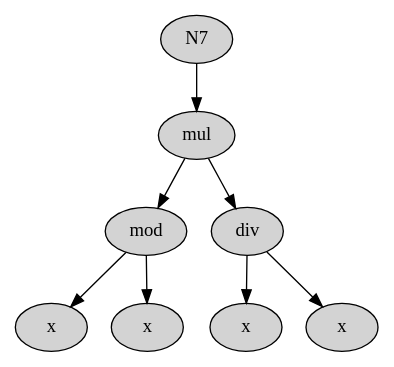
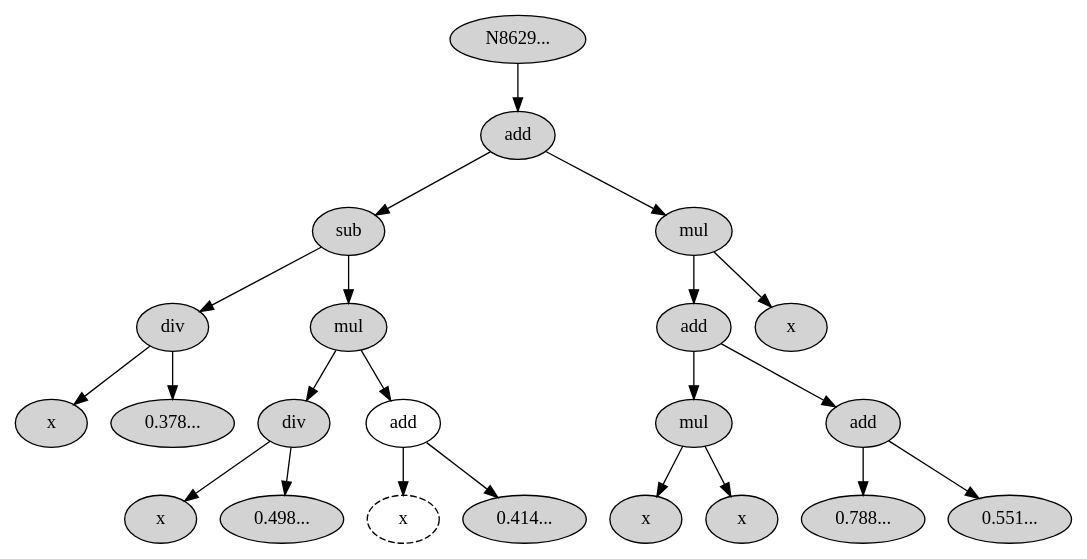
Before and after one commit to munifgebara/josilTs: the diagram in report/polinomial_best.dot, drawn with Graphviz. The commit also changed 41 other files, not shown here.

```diff
--- a/report/polinomial_best.dot
+++ b/report/polinomial_best.dot
@@ -1,17 +1,45 @@
- digraph G7 {
-N7[ style="filled"  label="N7"];
-N7 -> N8;
-N8[ style="filled"  label="mul"];
-N8 -> N9;
-N9[ style="filled"  label="mod"];
-N9 -> N10;
-N10[ style="filled"  label="x"];
-N9 -> N11;
-N11[ style="filled"  label="x"];
-N8 -> N12;
-N12[ style="filled"  label="div"];
-N12 -> N13;
-N13[ style="filled"  label="x"];
-N12 -> N14;
-N14[ style="filled"  label="x"];
+ digraph G862953 {
+N862953[ style="filled"  label="N8629..."];
+N862953 -> N862954;
+N862954[ style="filled"  label="add"];
+N862954 -> N862955;
+N862955[ style="filled"  label="sub"];
+N862955 -> N862956;
+N862956[ style="filled"  label="div"];
+N862956 -> N862957;
+N862957[ style="filled"  label="x"];
+N862956 -> N862958;
+N862958[ style="filled"  label="0.378..."];
+N862955 -> N862959;
+N862959[ style="filled"  label="mul"];
+N862959 -> N862960;
+N862960[ style="filled"  label="div"];
+N862960 -> N862961;
+N862961[ style="filled"  label="x"];
+N862960 -> N862962;
+N862962[ style="filled"  label="0.498..."];
+N862959 -> N862963;
+N862963[ style="solid"  label="add"];
+N862963 -> N862982;
+N862982[ style="dashed"  label="x"];
+N862963 -> N862965;
+N862965[ style="filled"  label="0.414..."];
+N862954 -> N862966;
+N862966[ style="filled"  label="mul"];
+N862966 -> N862967;
+N862967[ style="filled"  label="add"];
+N862967 -> N862968;
+N862968[ style="filled"  label="mul"];
+N862968 -> N862969;
+N862969[ style="filled"  label="x"];
+N862968 -> N862970;
+N862970[ style="filled"  label="x"];
+N862967 -> N862971;
+N862971[ style="filled"  label="add"];
+N862971 -> N862972;
+N862972[ style="filled"  label="0.788..."];
+N862971 -> N862973;
+N862973[ style="filled"  label="0.551..."];
+N862966 -> N862974;
+N862974[ style="filled"  label="x"];
 }
```
